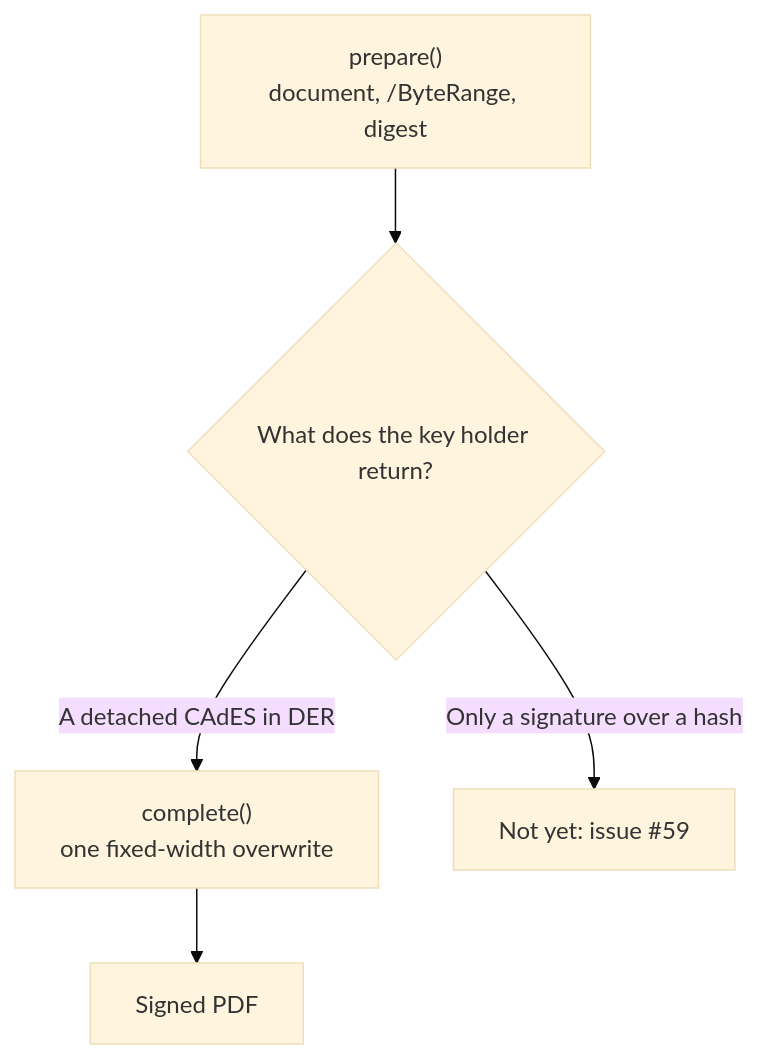
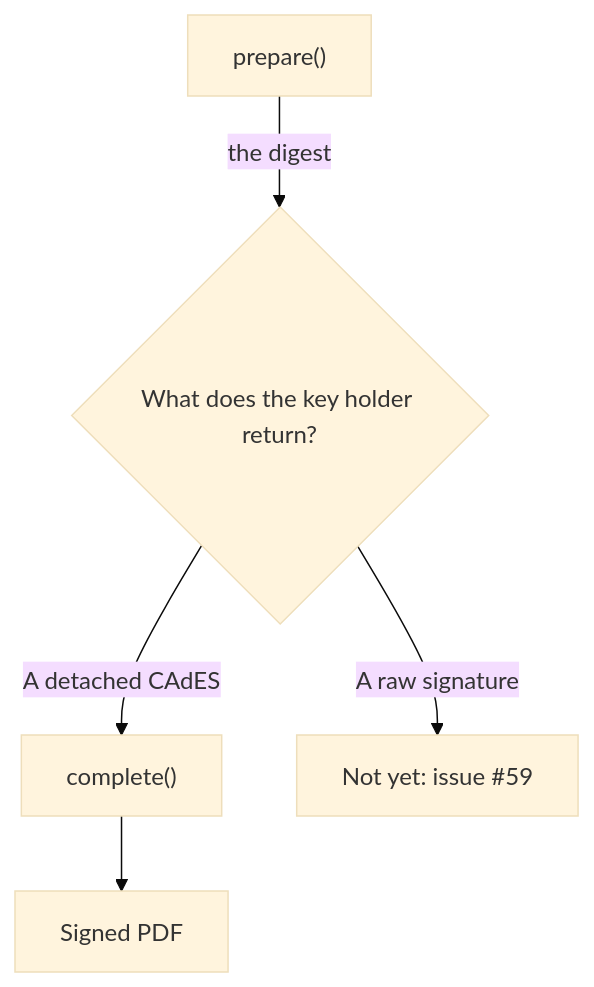
The first of 4 diagrams in docs/guide/two-phase-signing.md (lsnepomuceno/signet-pdf), drawn with Mermaid (base theme) before and after one commit. The commit also changed other lines of this file, not shown here.

Commit message:
fix(guide): keep every diagram label on one line
The decision flowchart shipped with its first node reading prepare(),
document, /ByteRange, digest. On the published page the third line sat
outside the box: the label wrapped to two lines and the box was sized
for one, so the word digest was cut in half by its own border.

Moving the text onto the edge moved the clipping onto the edge with it,
which is what identified the shape of the problem: it is any rectangular
label of two lines, and diamonds are unaffected. So the labels are short
enough not to wrap, and a comment above the block says why they have to
stay that way.

Found by looking at the published page rather than by the build, which
was green for both of the broken versions.

````diff
--- a/docs/guide/two-phase-signing.md
+++ b/docs/guide/two-phase-signing.md
@@ -119,7 +124,7 @@
 ```mermaid
 flowchart TD
-    A["prepare()<br/>document, /ByteRange, digest"] --> B{"What does the key holder return?"}
-    B -->|"A detached CAdES in DER"| C["complete()<br/>one fixed-width overwrite"]
-    B -->|"Only a signature over a hash"| D["Not yet: issue #59"]
+    A["prepare()"] -->|"the digest"| B{"What does the key holder return?"}
+    B -->|"A detached CAdES"| C["complete()"]
+    B -->|"A raw signature"| D["Not yet: issue #59"]
     C --> E["Signed PDF"]
 ```
````
